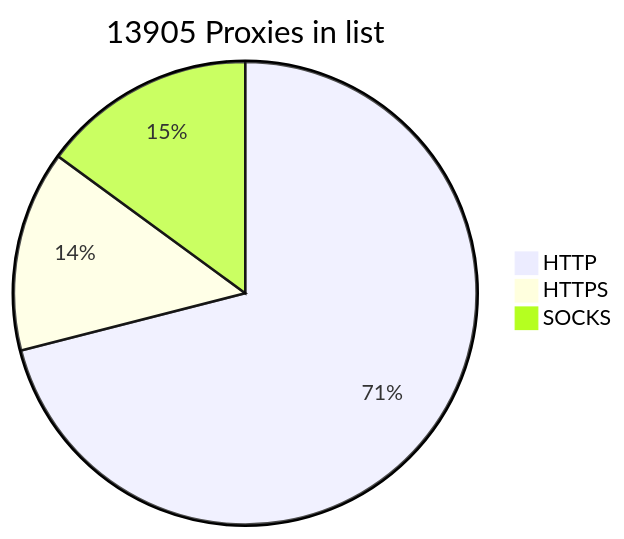
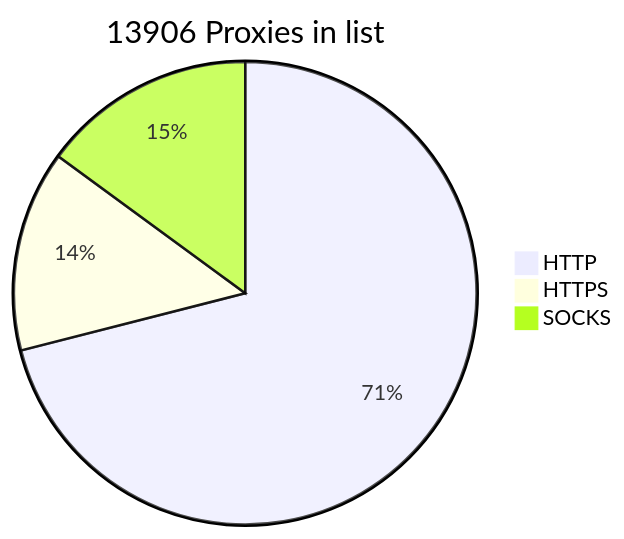
One commit to BlackSnowDot/proxylist-update-every-minute changed the diagram in README.md. Above: the diagram before and after it, drawn with Mermaid.

````diff
--- a/README.md
+++ b/README.md
@@ -2,6 +2,6 @@
 ```mermaid
-pie title 13905 Proxies in list
-    "HTTP" : 10363
+pie title 13906 Proxies in list
+    "HTTP" : 10364
     "HTTPS": 2048
     "SOCKS" : 2180
 ```
````
